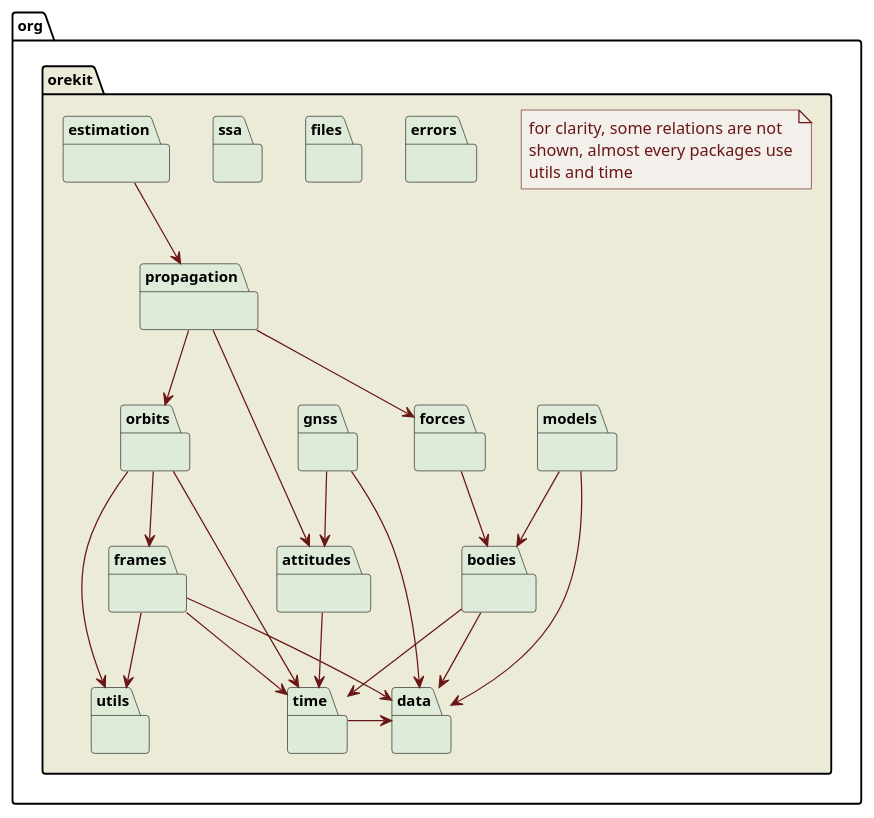
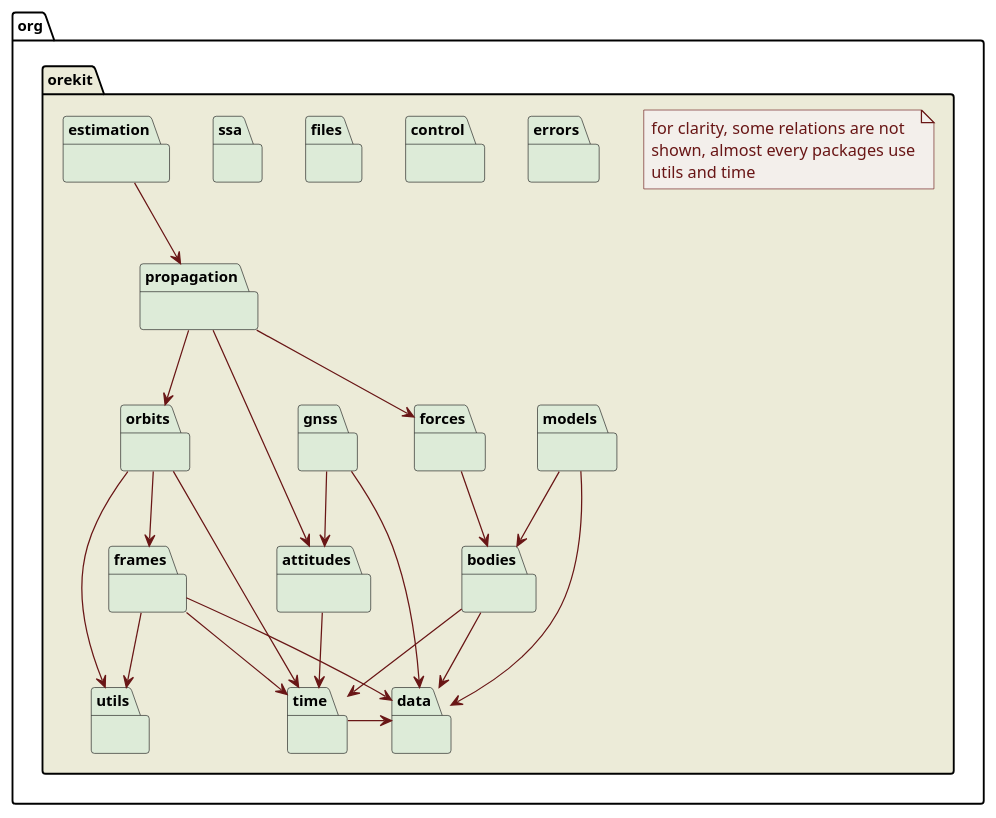
Before and after one commit to CS-SI/Orekit: the diagram in src/design/top-packages.puml, drawn with PlantUML. The commit also changed 8 other files, not shown here.

Commit message:
Updated UML diagrams.

```diff
--- a/src/design/top-packages.puml
+++ b/src/design/top-packages.puml
@@ -17,74 +17,76 @@
 @startuml
 
   skinparam svek                  true
   skinparam ClassBackgroundColor  #F3EFEB/CCC9C5
   skinparam ClassArrowColor       #691616
   skinparam ClassBorderColor      #691616
   skinparam NoteBackgroundColor   #F3EFEB
   skinparam NoteBorderColor       #691616
   skinparam NoteFontColor         #691616
   skinparam ClassFontSize         11
   skinparam PackageFontSize       12
 
   package org.orekit #ECEBD8 {
 
     package attitudes #DDEBD8 {
     }
     package bodies #DDEBD8 {
     }
     package data #DDEBD8 {
     }
     package errors #DDEBD8 {
+    }
+    package control #DDEBD8 {
     }
     package files #DDEBD8 {
     }
     package forces #DDEBD8 {
     }
     package frames #DDEBD8 {
     }
     package gnss #DDEBD8 {
     }
     package orbits #DDEBD8 {
     }
     package propagation #DDEBD8 {
     }
     package ssa #DDEBD8 {
     }
     package estimation #DDEBD8 {
     }
     package time #DDEBD8 {
     }
     package utils #DDEBD8 {
     }
     package models #DDEBD8 {
     }
 
     estimation  -->      propagation
     propagation -->      attitudes
     propagation -->      forces
     forces      -->      bodies
     propagation -->      orbits
     orbits      -->      frames
     attitudes   -->      time
     orbits      -->      time
     frames      -->      time
     bodies      -->      time
     bodies      -->      data
     models      -->      bodies
     models      -->      data
     gnss        -->      attitudes
     gnss        -->      data
     frames      -->      data
     time        -right-> data
     frames      -->      utils
     orbits      -->      utils
 
     note as N1
       for clarity, some relations are not
       shown, almost every packages use
       utils and time
     end note
 
   }
 
 @enduml
```
